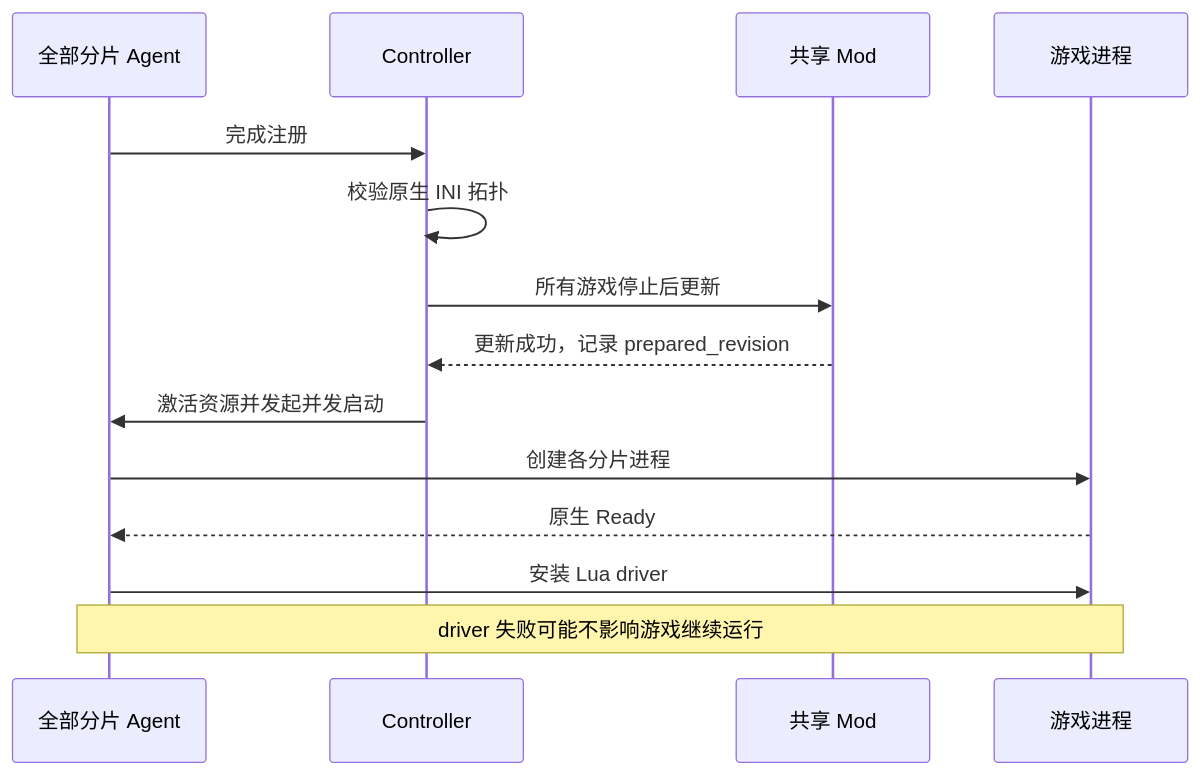
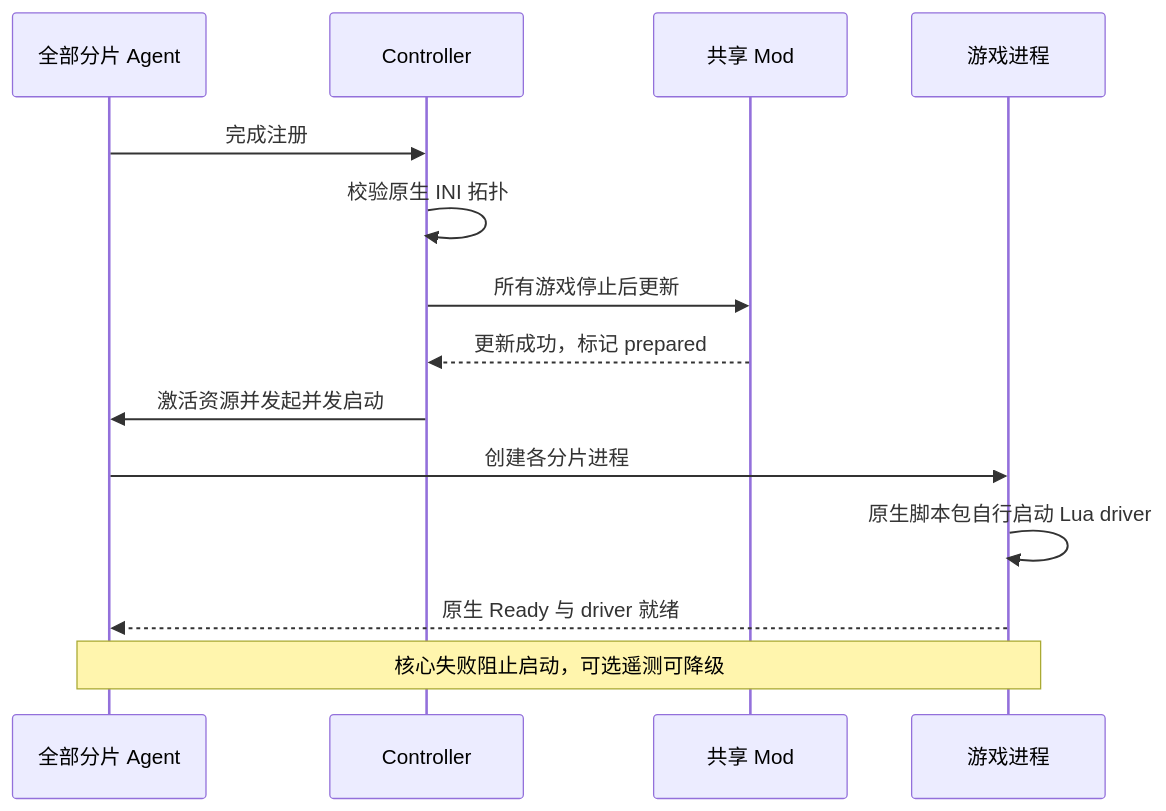
The second of 4 diagrams in README.zh-Hans.md (LetsStarveTogether/dst-server), drawn with Mermaid before and after one commit. The commit also changed other lines of this file and 170 other files, not shown here.

````diff
--- a/README.zh-Hans.md
+++ b/README.zh-Hans.md
@@ -556,16 +658,16 @@
 ```mermaid
 sequenceDiagram
     participant A as 全部分片 Agent
     participant C as Controller
     participant M as 共享 Mod
     participant G as 游戏进程
     A->>C: 完成注册
     C->>C: 校验原生 INI 拓扑
     C->>M: 所有游戏停止后更新
-    M-->>C: 更新成功，记录 prepared_revision
+    M-->>C: 更新成功，标记 prepared
     C->>A: 激活资源并发起并发启动
     A->>G: 创建各分片进程
-    G-->>A: 原生 Ready
-    A->>G: 安装 Lua driver
-    Note over A,G: driver 失败可能不影响游戏继续运行
+    G->>G: 原生脚本包自行启动 Lua driver
+    G-->>A: 原生 Ready 与 driver 就绪
+    Note over A,G: 核心失败阻止启动，可选遥测可降级
 ```
````
